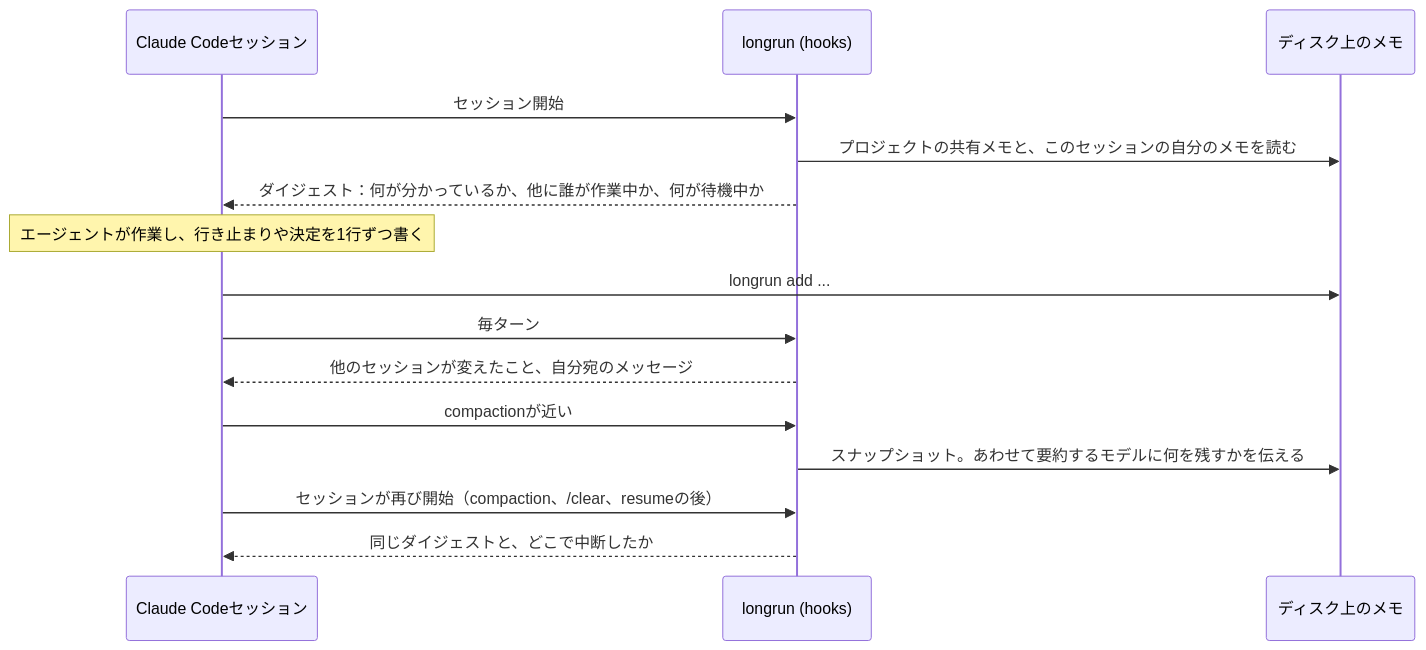
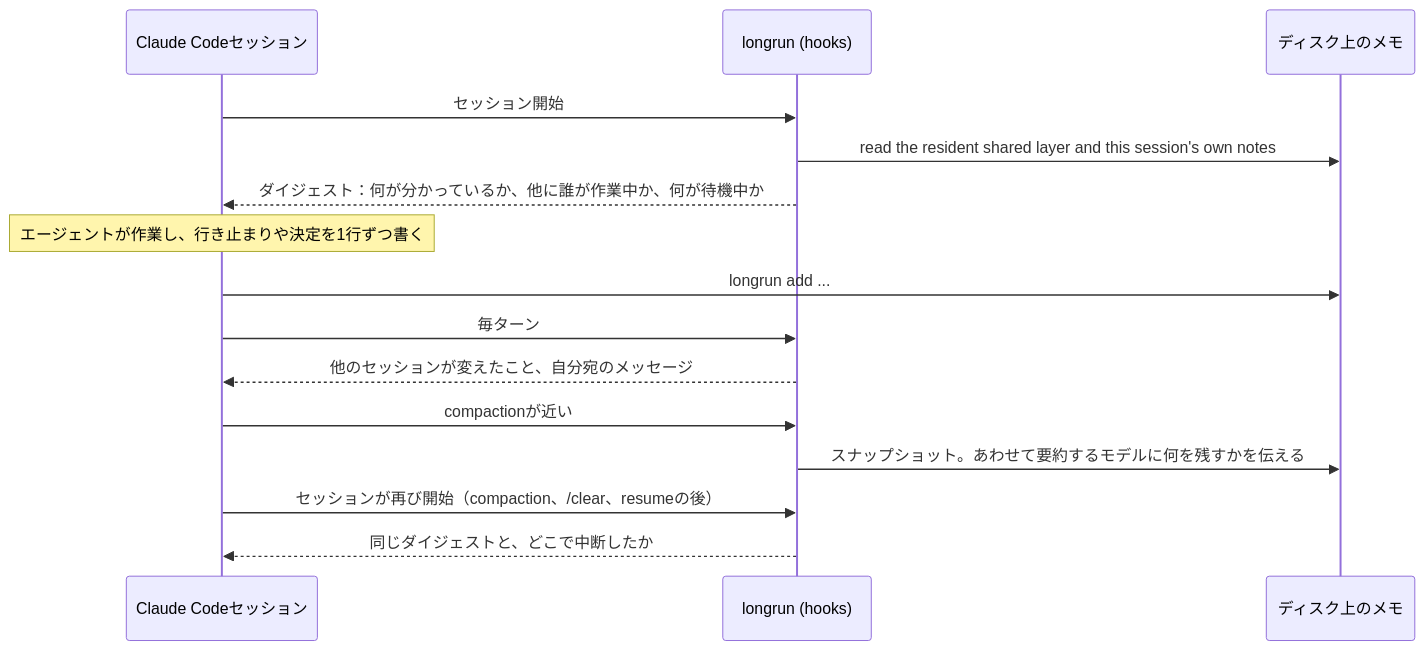
One commit to krllx/longrun changed the diagram in README.ja.md. Above: the diagram before and after it, drawn with Mermaid. The commit also changed other lines of this file and 22 other files, not shown here.

````diff
--- a/README.ja.md
+++ b/README.ja.md
@@ -171,17 +173,17 @@
 ```mermaid
 sequenceDiagram
     participant S as Claude Codeセッション
     participant L as longrun (hooks)
     participant D as ディスク上のメモ
     S->>L: セッション開始
-    L->>D: プロジェクトの共有メモと、このセッションの自分のメモを読む
+    L->>D: read the resident shared layer and this session's own notes
     L-->>S: ダイジェスト：何が分かっているか、他に誰が作業中か、何が待機中か
     Note over S: エージェントが作業し、行き止まりや決定を1行ずつ書く
     S->>D: longrun add ...
     S->>L: 毎ターン
     L-->>S: 他のセッションが変えたこと、自分宛のメッセージ
     S->>L: compactionが近い
     L->>D: スナップショット。あわせて要約するモデルに何を残すかを伝える
     S->>L: セッションが再び開始（compaction、/clear、resumeの後）
     L-->>S: 同じダイジェストと、どこで中断したか
 ```
````
